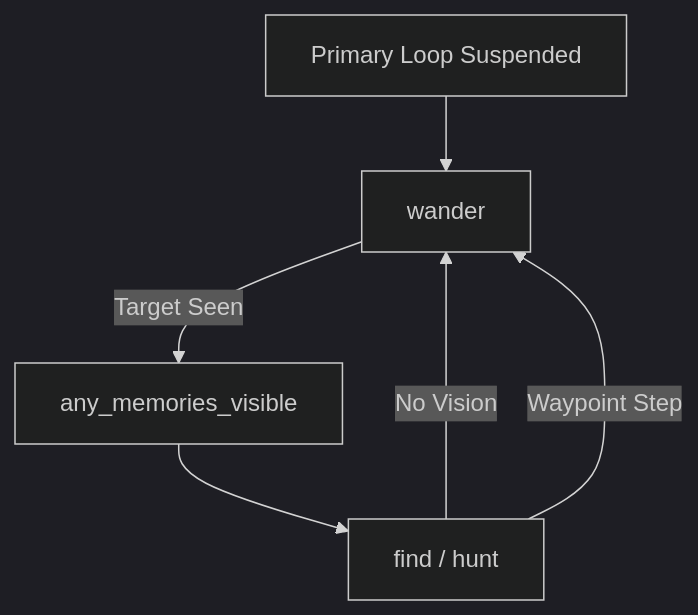
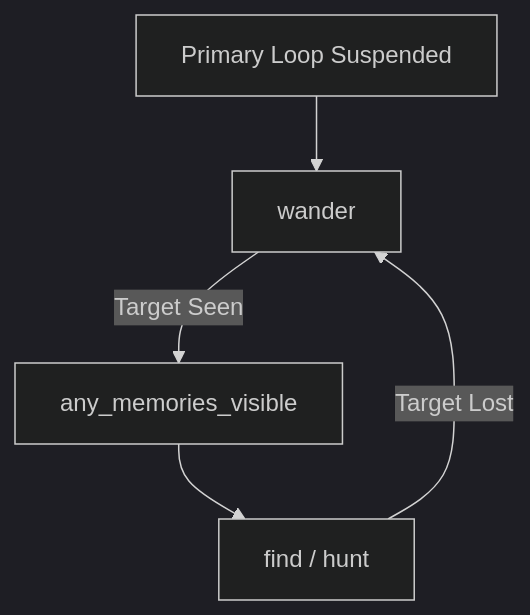
Before and after one commit to chinchalinchin/ontology: the diagram in docs/specs/02-wander.md, drawn with Mermaid (dark theme). The commit also changed other lines of this file and 15 other files, not shown here.

````diff
--- a/docs/specs/02-wander.md
+++ b/docs/specs/02-wander.md
@@ -20,8 +22,7 @@
 ```mermaid
 flowchart TD
     A[Primary Loop Suspended] --> B[wander]
     B -->|Target Seen| C[any_memories_visible]
     C --> D[find / hunt]
-    D -->|No Vision| B
-    D -->|Waypoint Step| B
+    D -->|Target Lost| B
 ```
````
